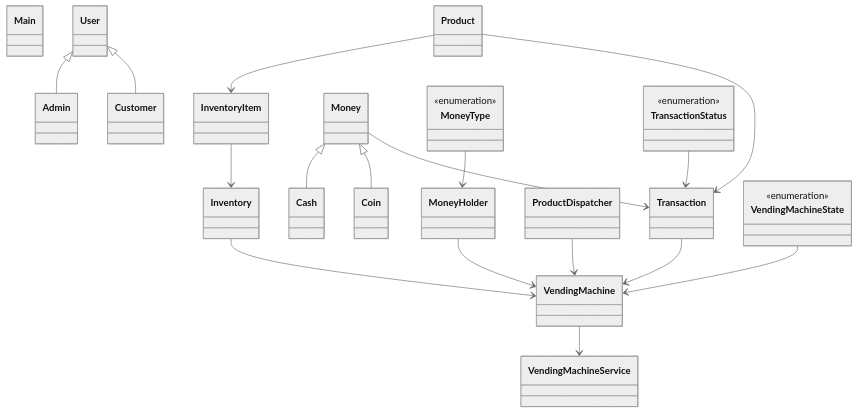
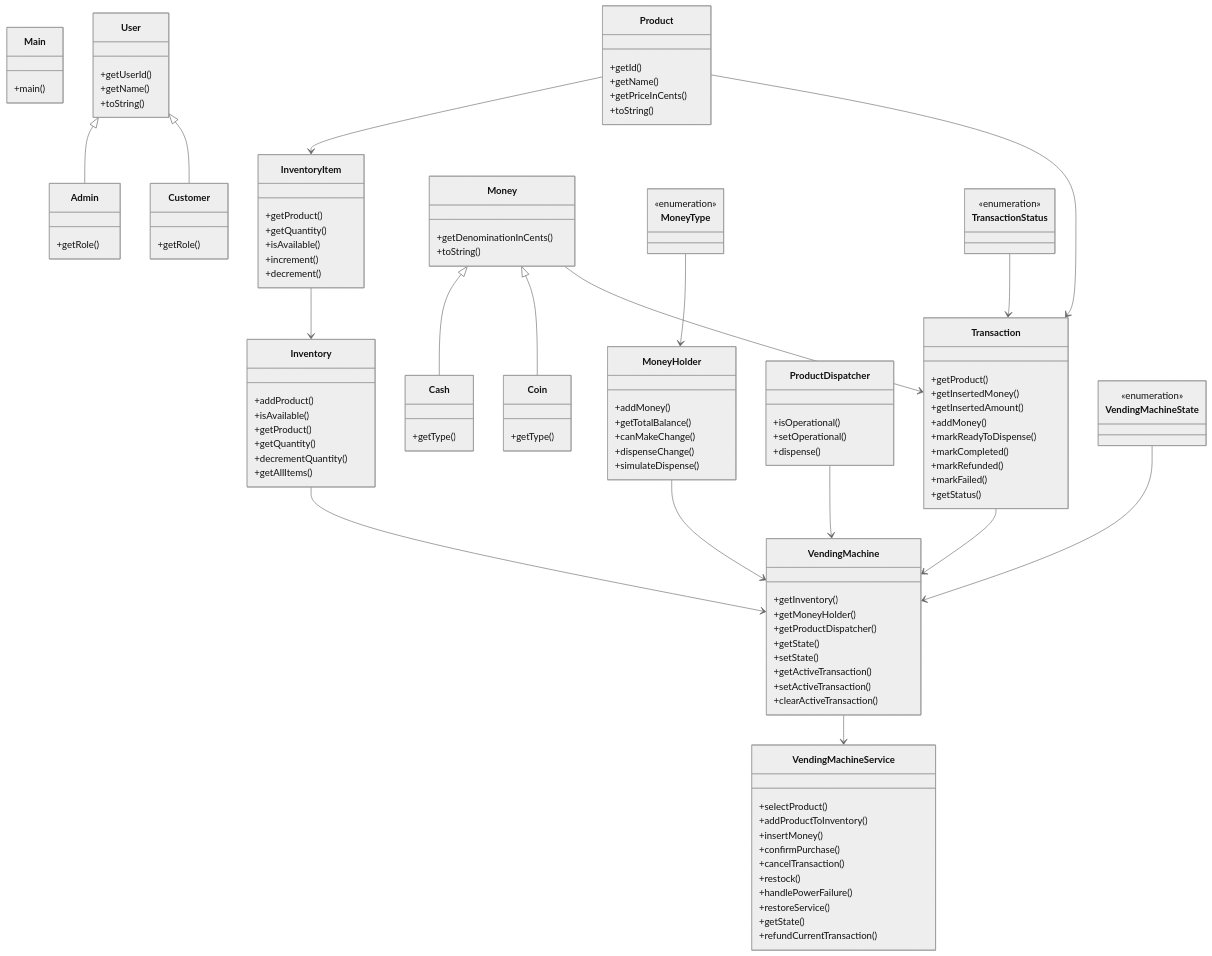
The diagram in questions/low_level_design/11_vending_machine_lld.md (amanjaiswal30/dsa-solutions), drawn with Mermaid (neutral theme) before and after one commit. The commit also changed other lines of this file and 210 other files, not shown here.

````diff
--- a/questions/low_level_design/11_vending_machine_lld.md
+++ b/questions/low_level_design/11_vending_machine_lld.md
@@ -57,26 +57,101 @@
 ```mermaid
 classDiagram
-    class Admin
-    class Cash
-    class Coin
-    class Customer
-    class Inventory
-    class InventoryItem
-    class Main
-    class Money
-    class MoneyHolder
+    class Admin {
+        +getRole()
+    }
+    class Cash {
+        +getType()
+    }
+    class Coin {
+        +getType()
+    }
+    class Customer {
+        +getRole()
+    }
+    class Inventory {
+        +addProduct()
+        +isAvailable()
+        +getProduct()
+        +getQuantity()
+        +decrementQuantity()
+        +getAllItems()
+    }
+    class InventoryItem {
+        +getProduct()
+        +getQuantity()
+        +isAvailable()
+        +increment()
+        +decrement()
+    }
+    class Main {
+        +main()
+    }
+    class Money {
+        +getDenominationInCents()
+        +toString()
+    }
+    class MoneyHolder {
+        +addMoney()
+        +getTotalBalance()
+        +canMakeChange()
+        +dispenseChange()
+        +simulateDispense()
+    }
     class MoneyType {
         <<enumeration>>
     }
-    class Product
-    class ProductDispatcher
-    class Transaction
+    class Product {
+        +getId()
+        +getName()
+        +getPriceInCents()
+        +toString()
+    }
+    class ProductDispatcher {
+        +isOperational()
+        +setOperational()
+        +dispense()
+    }
+    class Transaction {
+        +getProduct()
+        +getInsertedMoney()
+        +getInsertedAmount()
+        +addMoney()
+        +markReadyToDispense()
+        +markCompleted()
+        +markRefunded()
+        +markFailed()
+        +getStatus()
+    }
     class TransactionStatus {
         <<enumeration>>
     }
-    class User
-    class VendingMachine
-    class VendingMachineService
+    class User {
+        +getUserId()
+        +getName()
+        +toString()
+    }
+    class VendingMachine {
+        +getInventory()
+        +getMoneyHolder()
+        +getProductDispatcher()
+        +getState()
+        +setState()
+        +getActiveTransaction()
+        +setActiveTransaction()
+        +clearActiveTransaction()
+    }
+    class VendingMachineService {
+        +selectProduct()
+        +addProductToInventory()
+        +insertMoney()
+        +confirmPurchase()
+        +cancelTransaction()
+        +restock()
+        +handlePowerFailure()
+        +restoreService()
+        +getState()
+        +refundCurrentTransaction()
+    }
     class VendingMachineState {
         <<enumeration>>
     }
````
